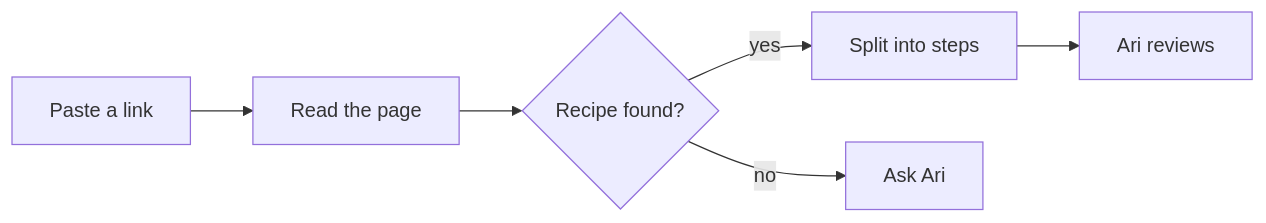
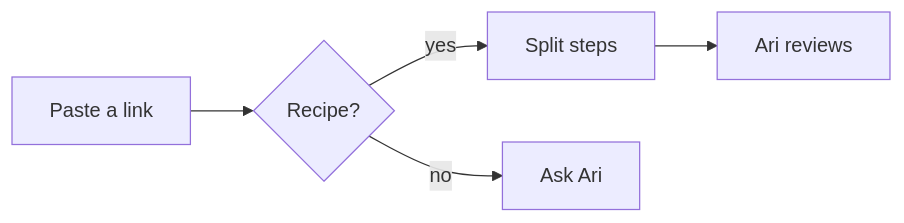
One commit to ourostack/ouro-md changed the diagram in Tests/Fixtures/Recipe import plan.md. Above: the diagram before and after it, drawn with Mermaid. The commit also changed 3 other files, not shown here.

Commit message:
Site media: recapture at 0.9.116 with a flowchart whose labels read at the site's size (#175)

````diff
--- a/Tests/Fixtures/Recipe import plan.md
+++ b/Tests/Fixtures/Recipe import plan.md
@@ -15,8 +15,7 @@
 ```mermaid
 flowchart LR
-  A[Paste a link] --> B[Read the page]
-  B --> C{Recipe found?}
-  C -- yes --> D[Split into steps]
+  A[Paste a link] --> C{Recipe?}
+  C -- yes --> D[Split steps]
   C -- no --> E[Ask Ari]
   D --> F[Ari reviews]
 ```
````
